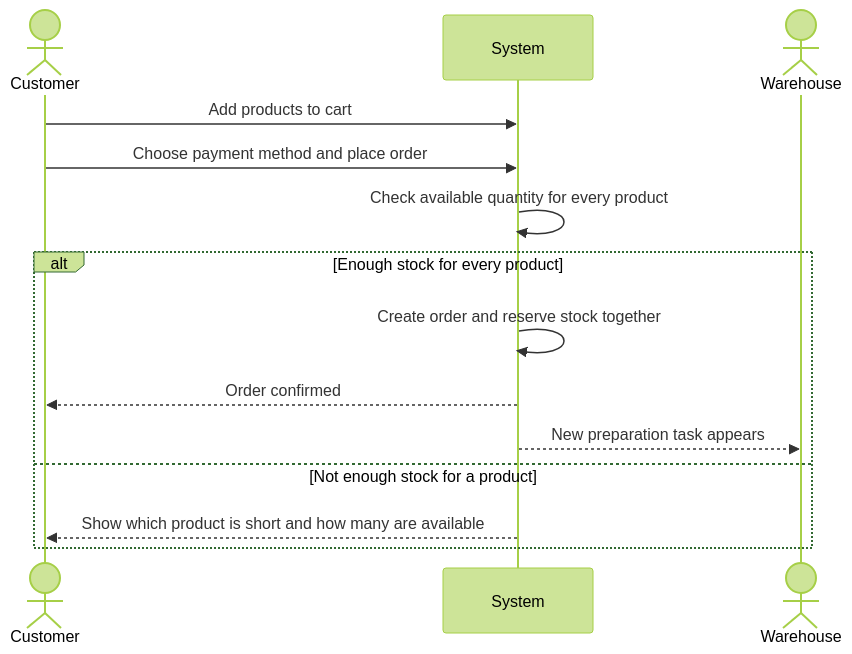
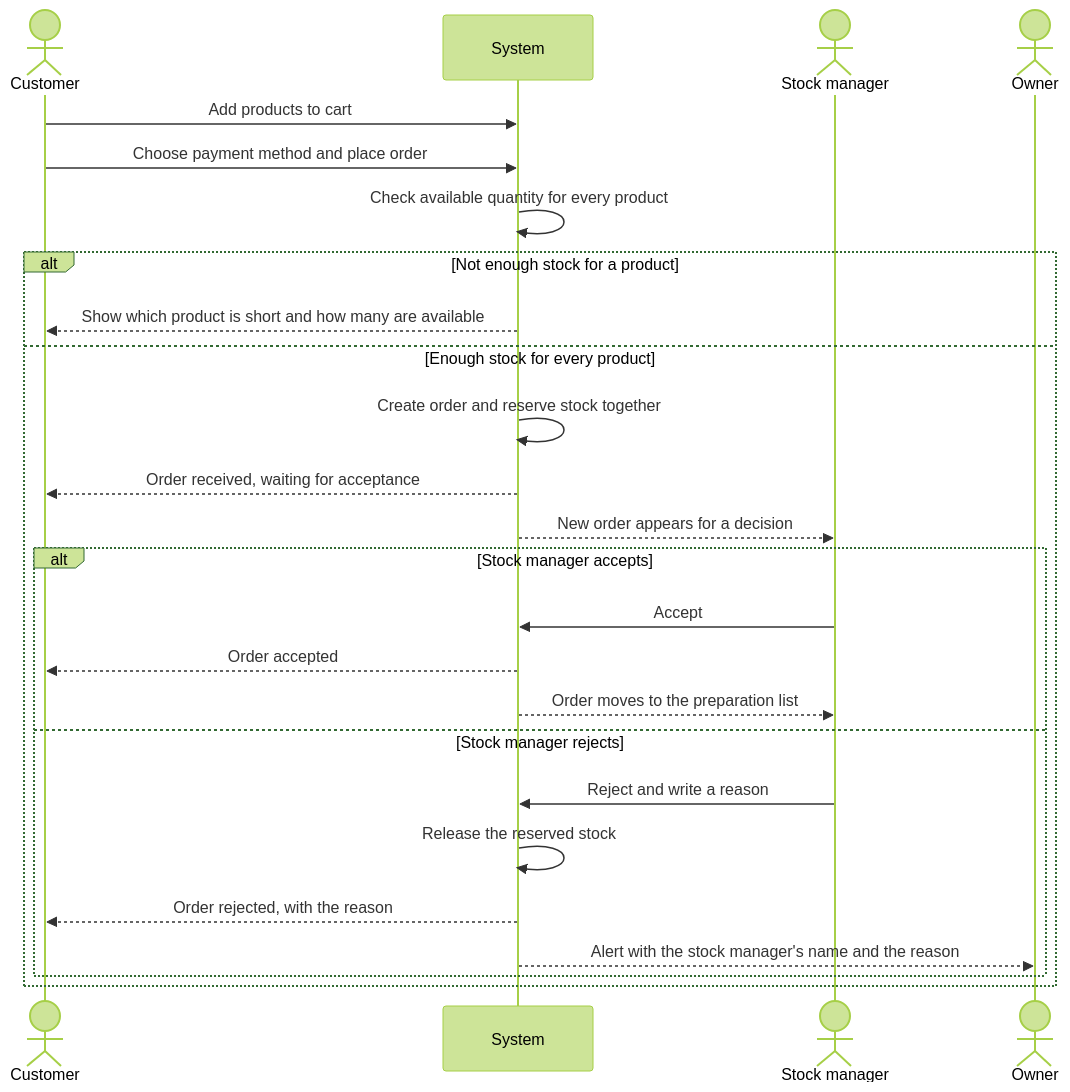
One commit to AhmedElnagarUU/Cosmo changed the third of 4 diagrams in docs/workflows/01-order-lifecycle.md. Above: the diagram before and after it, drawn with Mermaid (forest theme). The commit also changed other lines of this file and 33 other files, not shown here.

First line of the commit message:
Update plan: manual order acceptance, new roles, payment confirmation

````diff
--- a/docs/workflows/01-order-lifecycle.md
+++ b/docs/workflows/01-order-lifecycle.md
@@ -63,17 +85,28 @@
 ```mermaid
 sequenceDiagram
     actor C as Customer
     participant S as System
-    actor W as Warehouse
+    actor K as Stock manager
+    actor O as Owner
 
     C->>S: Add products to cart
     C->>S: Choose payment method and place order
     S->>S: Check available quantity for every product
-    alt Enough stock for every product
+    alt Not enough stock for a product
+        S-->>C: Show which product is short and how many are available
+    else Enough stock for every product
         S->>S: Create order and reserve stock together
-        S-->>C: Order confirmed
-        S-->>W: New preparation task appears
-    else Not enough stock for a product
-        S-->>C: Show which product is short and how many are available
+        S-->>C: Order received, waiting for acceptance
+        S-->>K: New order appears for a decision
+        alt Stock manager accepts
+            K->>S: Accept
+            S-->>C: Order accepted
+            S-->>K: Order moves to the preparation list
+        else Stock manager rejects
+            K->>S: Reject and write a reason
+            S->>S: Release the reserved stock
+            S-->>C: Order rejected, with the reason
+            S-->>O: Alert with the stock manager's name and the reason
+        end
     end
 ```
````
